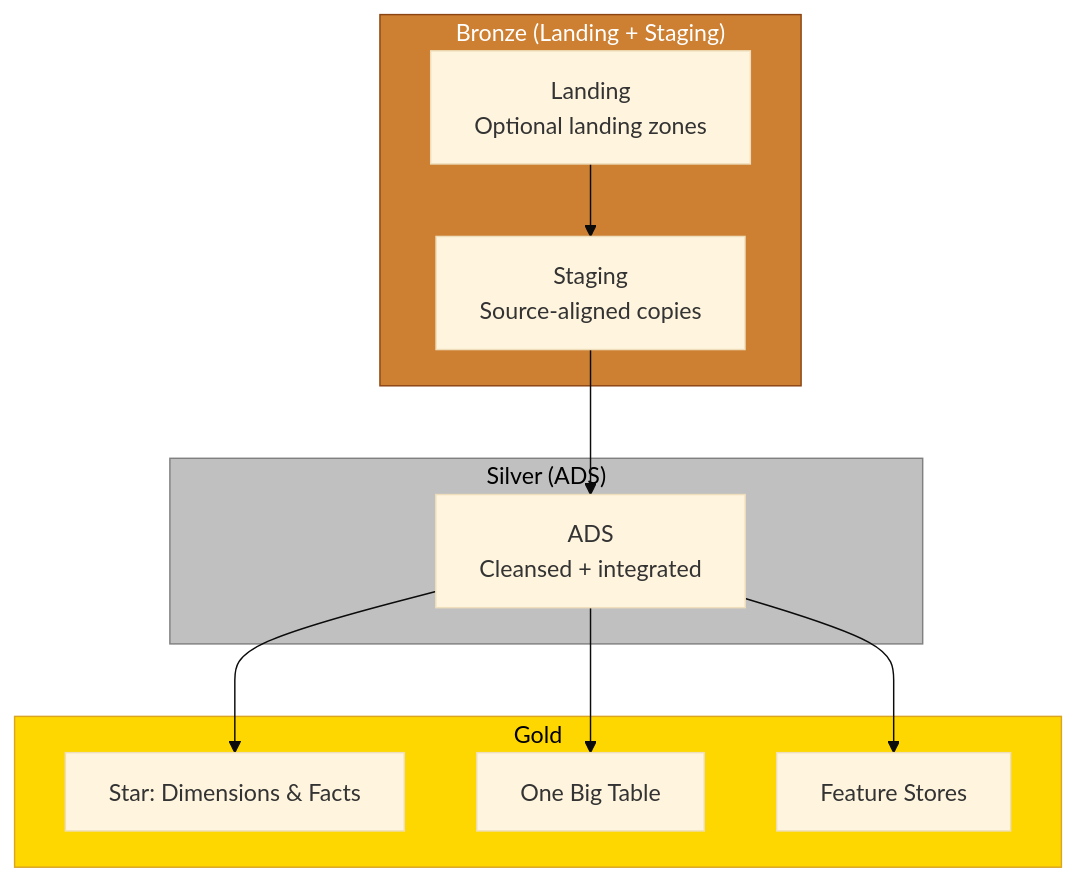
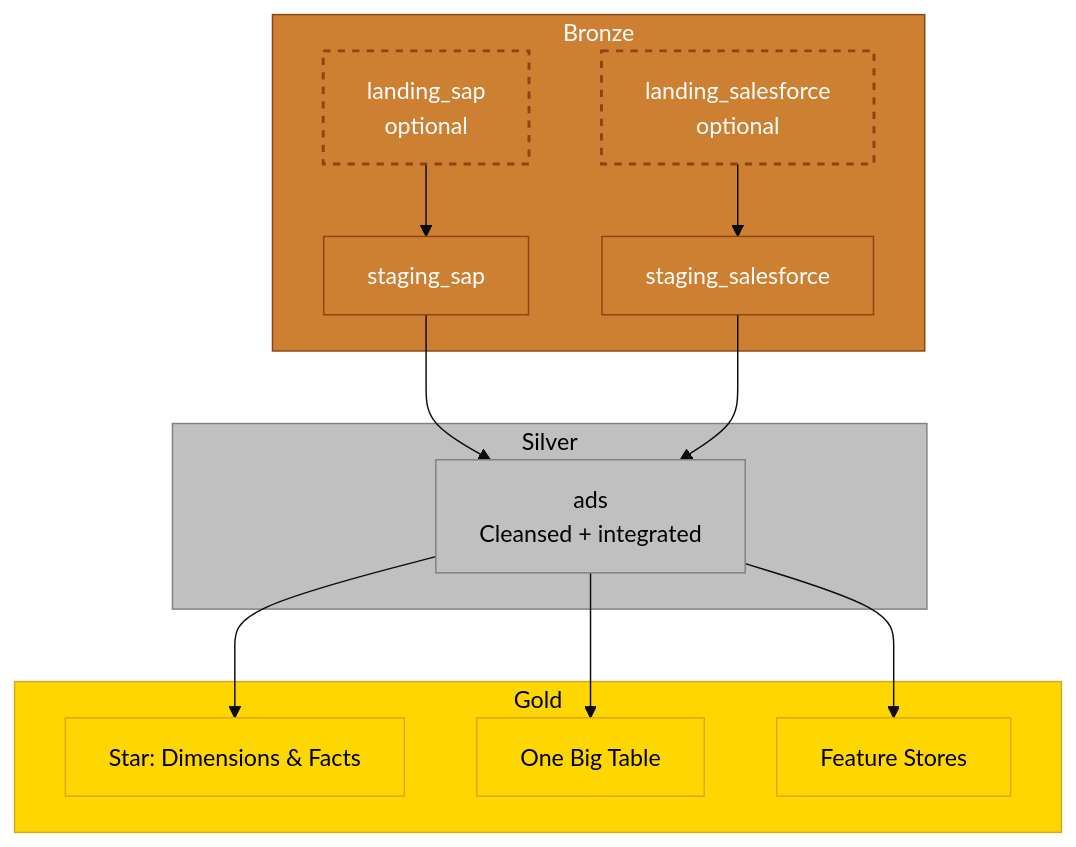
Before and after one commit to PlainsightPro/Vision-Playbook: the second of 2 diagrams in Technical Guideline Ops/Architectural Principles/Medallion - Bronze Silver Gold.md, drawn with Mermaid. The commit also changed other lines of this file and 3 other files, not shown here.

Commit message:
Removal of inconsistencies in Landing/Staging per Schema + Removal of OBT to remove obfuscation.

````diff
--- a/Technical Guideline Ops/Architectural Principles/Medallion - Bronze Silver Gold.md
+++ b/Technical Guideline Ops/Architectural Principles/Medallion - Bronze Silver Gold.md
@@ -49,26 +50,34 @@
 ```mermaid
 %%{init: { "flowchart": { "useMaxWidth": true, "curve": "basis" }, "theme": "base" } }%%
 flowchart TB
-    subgraph Bronze["Bronze (Landing + Staging)"]
-        Landing[Landing<br/>Optional landing zones]
-        Staging[Staging<br/>Source-aligned copies]
+    subgraph Bronze["Bronze"]
+            LandingSAP[landing_sap<br/>optional]:::bronzeOptional
+            StagingSAP[staging_sap]:::bronze
+            LandingSF[landing_salesforce<br/>optional]:::bronzeOptional
+            StagingSF[staging_salesforce]:::bronze
     end
     
-    subgraph Silver["Silver (ADS)"]
-        ADS[ADS<br/>Cleansed + integrated]
+    subgraph Silver["Silver"]
+        ADS[ads<br/>Cleansed + integrated]:::silver
     end
     
     subgraph Gold["Gold"]
-        Dims[Star: Dimensions & Facts]
-        OBT[One Big Table]
-        Feat[Feature Stores]
+        Dims[Star: Dimensions & Facts]:::gold
+        OBT[One Big Table]:::gold
+        Feat[Feature Stores]:::gold
     end
     
-    Landing --> Staging --> ADS --> Dims
+    LandingSAP --> StagingSAP --> ADS --> Dims
+    LandingSF --> StagingSF --> ADS
     ADS --> OBT
     ADS --> Feat
+
+    classDef bronze fill:#CD7F32,stroke:#8B4513,stroke-width:1px,color:#FFFFFF;
+    classDef bronzeOptional fill:#CD7F32,stroke:#8B4513,stroke-width:2px,stroke-dasharray:5 5,color:#FFFFFF;
+    classDef silver fill:#C0C0C0,stroke:#808080,stroke-width:1px,color:#000000;
+    classDef gold fill:#FFD700,stroke:#DAA520,stroke-width:1px,color:#000000;
     
     style Bronze fill:#CD7F32,stroke:#8B4513,color:#FFFFFF
     style Silver fill:#C0C0C0,stroke:#808080,color:#000000
     style Gold fill:#FFD700,stroke:#DAA520,color:#000000
 ```
````
